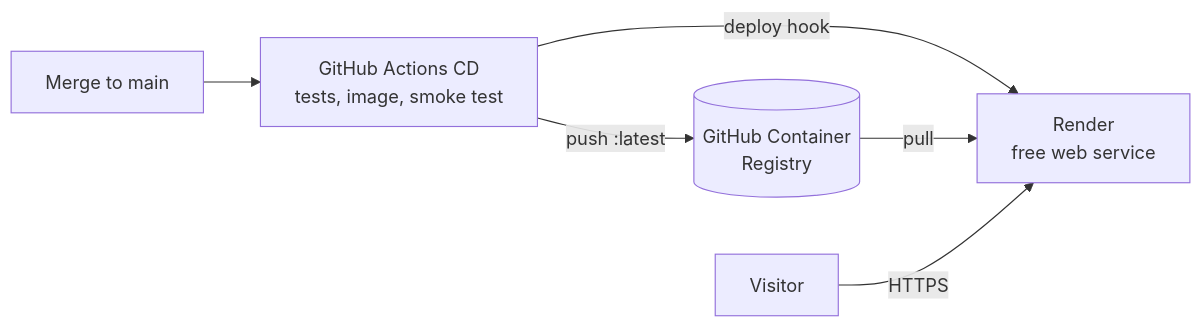
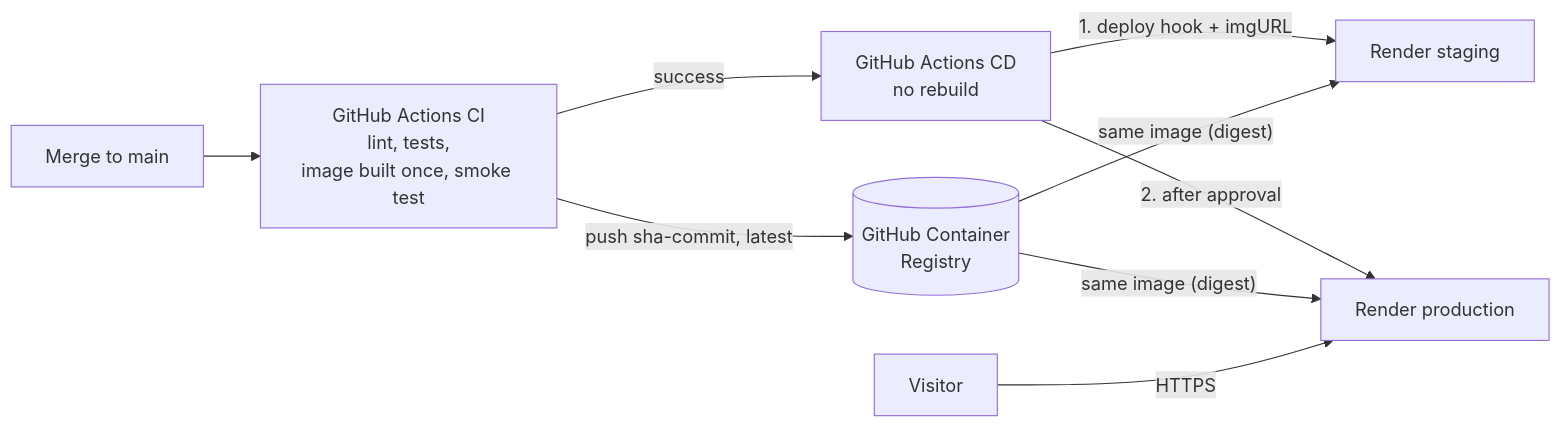
One commit to ElliotGalaor/ElectronicEnvironmental changed the diagram in docs/DEPLOY.md. Above: the diagram before and after it, drawn with Mermaid. The commit also changed other lines of this file and 4 other files, not shown here.

First line of the commit message:
CI builds the image once, CD promotes it: staging, then production

````diff
--- a/docs/DEPLOY.md
+++ b/docs/DEPLOY.md
@@ -8,8 +8,11 @@
 ```mermaid
 flowchart LR
-    M["Merge to main"] --> CD["GitHub Actions CD<br/>tests, image, smoke test"]
-    CD -->|"push :latest"| G[("GitHub Container<br/>Registry")]
-    CD -->|"deploy hook"| R["Render<br/>free web service"]
-    G -->|"pull"| R
-    V["Visitor"] -->|"HTTPS"| R
+    M["Merge to main"] --> CI["GitHub Actions CI<br/>lint, tests,<br/>image built once, smoke test"]
+    CI -->|"push sha-commit, latest"| G[("GitHub Container<br/>Registry")]
+    CI -->|"success"| CD["GitHub Actions CD<br/>no rebuild"]
+    CD -->|"1. deploy hook + imgURL"| S["Render staging"]
+    CD -->|"2. after approval"| P["Render production"]
+    G -->|"same image (digest)"| S
+    G -->|"same image (digest)"| P
+    V["Visitor"] -->|"HTTPS"| P
 ```
````
